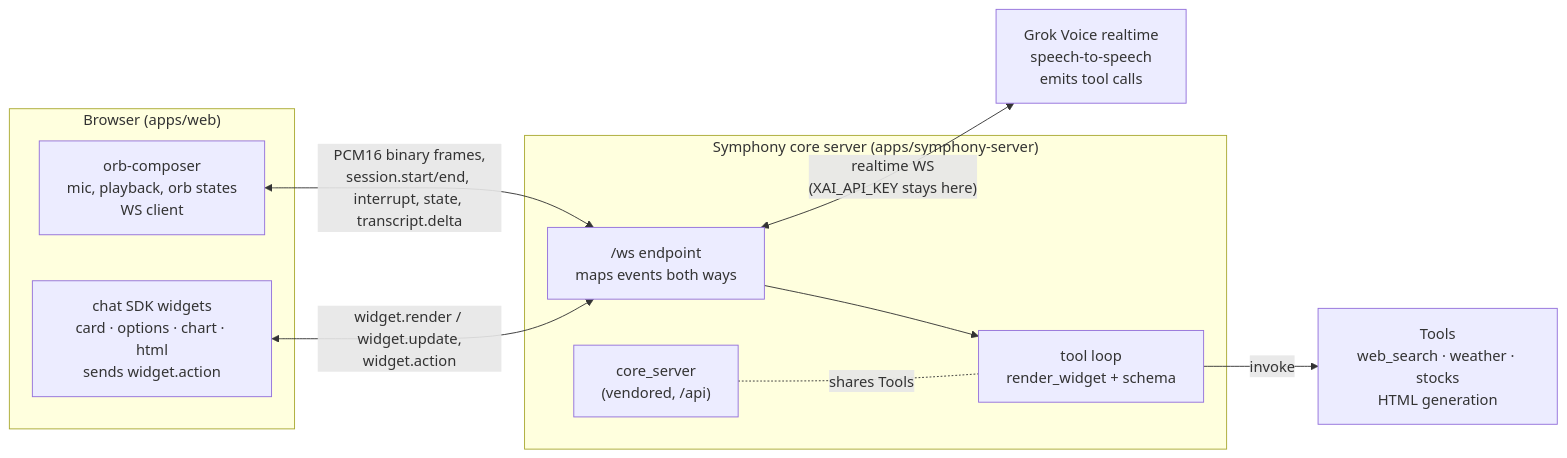
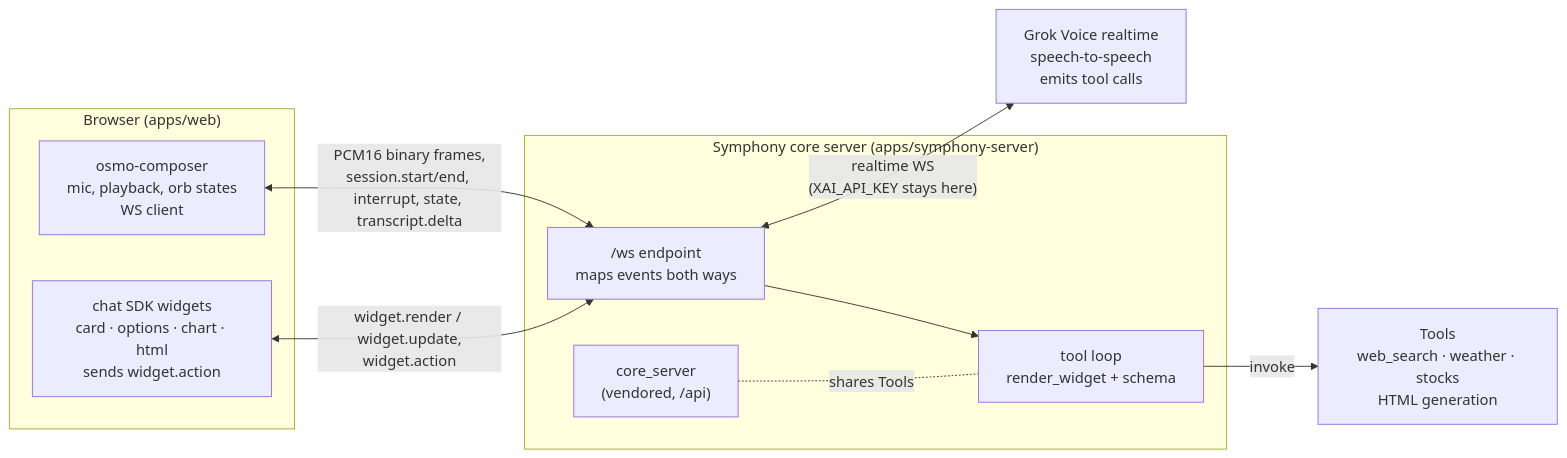
One commit to Sarthakischauhan/osmo changed the first of 2 diagrams in README.md. Above: the diagram before and after it, drawn with Mermaid. The commit also changed other lines of this file and 3 other files, not shown here.

Commit message:
docs, docker, ci: rename Orb to Osmo

````diff
--- a/README.md
+++ b/README.md
@@ -9,23 +9,23 @@
 ```mermaid
 flowchart LR
   subgraph Browser["Browser (apps/web)"]
-    OC["orb-composer<br/>mic, playback, orb states<br/>WS client"]
+    OC["osmo-composer<br/>mic, playback, orb states<br/>WS client"]
     WG["chat SDK widgets<br/>card · options · chart · html<br/>sends widget.action"]
   end
 
   subgraph Symphony["Symphony core server (apps/symphony-server)"]
     WS["/ws endpoint<br/>maps events both ways"]
     LOOP["tool loop<br/>render_widget + schema"]
     CORE["core_server<br/>(vendored, /api)"]
   end
 
   GROK["Grok Voice realtime<br/>speech-to-speech<br/>emits tool calls"]
   TOOLS["Tools<br/>web_search · weather · stocks<br/>HTML generation"]
 
   OC <-- "PCM16 binary frames,<br/>session.start/end, interrupt, state, transcript.delta" --> WS
   WG <-- "widget.render / widget.update,<br/>widget.action" --> WS
   WS <-- "realtime WS<br/>(XAI_API_KEY stays here)" --> GROK
   WS --> LOOP
   LOOP -- invoke --> TOOLS
   CORE -. "shares Tools" .- LOOP
 ```
````
